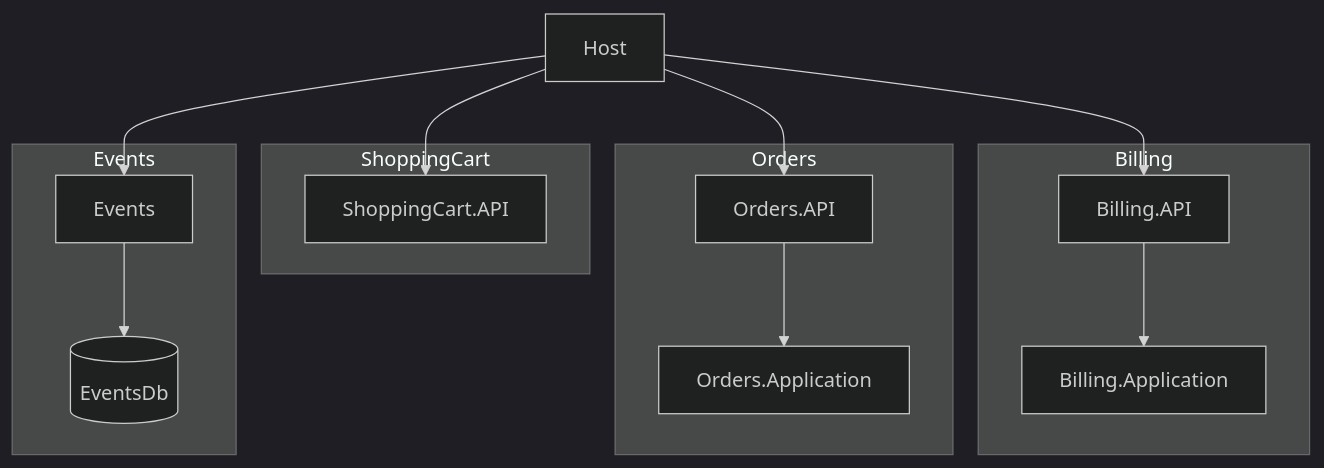
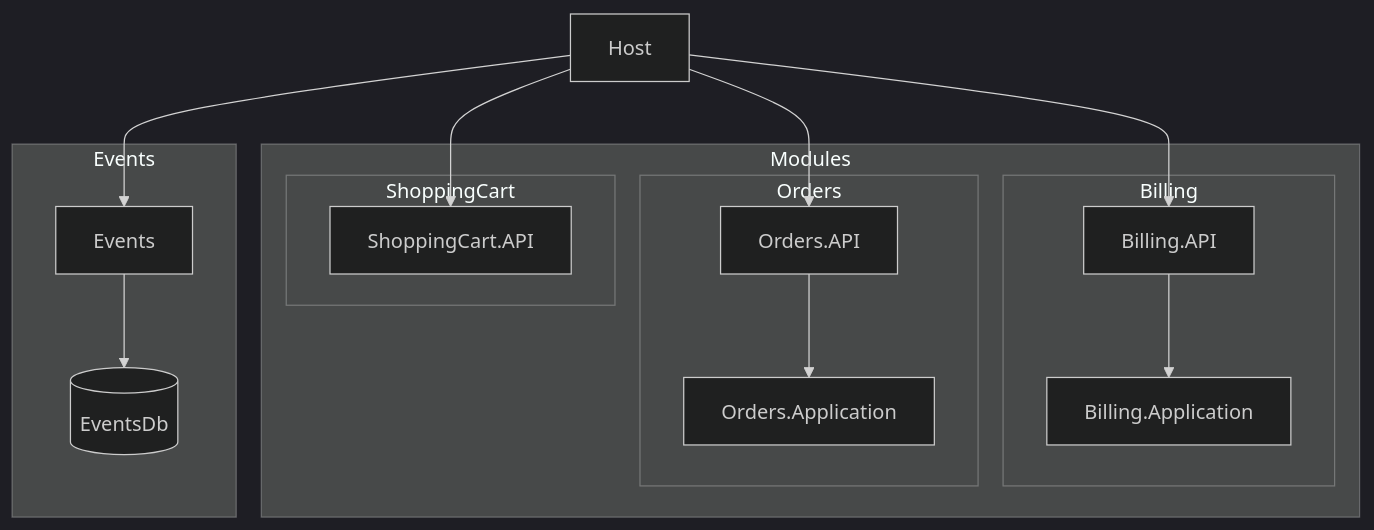
The diagram in README.md (RobertoFreireDev/ECOMMERCE), drawn with Mermaid (dark theme) before and after one commit.

````diff
--- a/README.md
+++ b/README.md
@@ -1,31 +1,33 @@
 ```mermaid
 flowchart TD
     Host["Host"]
 
-    subgraph Billing["Billing"]
-        BillingAPI["Billing.API"]
-        BillingApp["Billing.Application"]
-        BillingAPI --> BillingApp
-    end
+    subgraph Modules["Modules"]
+        subgraph Billing["Billing"]
+            BillingAPI["Billing.API"]
+            BillingApp["Billing.Application"]
+            BillingAPI --> BillingApp
+        end
 
-    subgraph Orders["Orders"]
-        OrdersAPI["Orders.API"]
-        OrdersApp["Orders.Application"]
-        OrdersAPI --> OrdersApp
-    end
+        subgraph Orders["Orders"]
+            OrdersAPI["Orders.API"]
+            OrdersApp["Orders.Application"]
+            OrdersAPI --> OrdersApp
+        end
 
-    subgraph ShoppingCart["ShoppingCart"]
-        CartAPI["ShoppingCart.API"]
+        subgraph ShoppingCart["ShoppingCart"]
+            CartAPI["ShoppingCart.API"]
+        end
     end
 
     subgraph EventsModule["Events"]
         Events["Events"]
         EventsDb[(EventsDb)]
         Events --> EventsDb
     end
 
     Host --> BillingAPI
     Host --> OrdersAPI
     Host --> CartAPI
     Host --> Events
 ```
````
